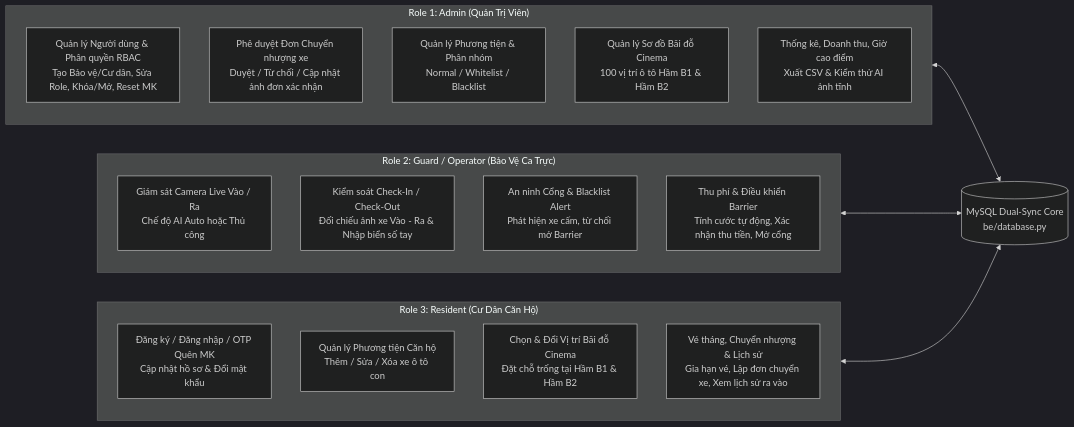
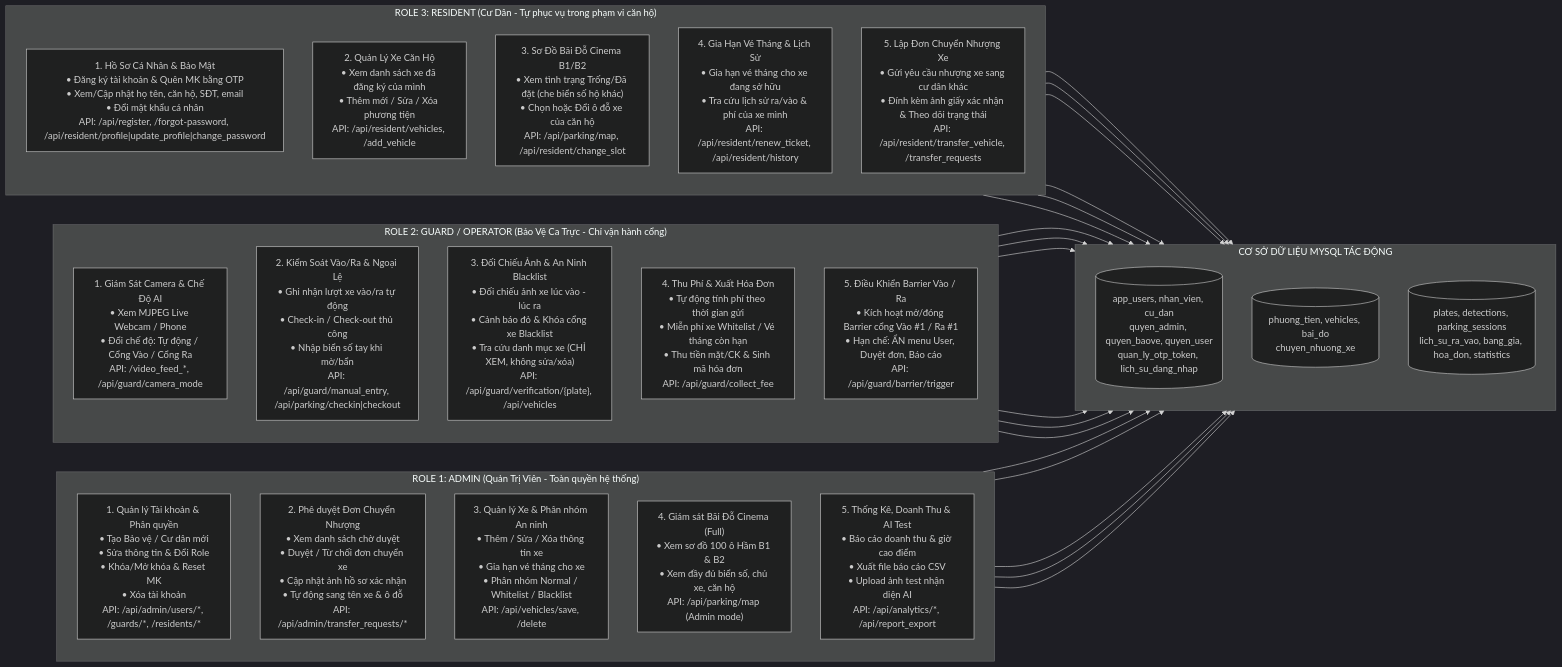
The second of 3 diagrams in README.md (Truong027/CNPM24), drawn with Mermaid (dark theme) before and after one commit. The commit also changed other lines of this file and 1 other file, not shown here.

Commit message:
docs: detail explicit RBAC permissions for all 3 roles and GitDiagram instructions

````diff
--- a/README.md
+++ b/README.md
@@ -89,29 +88,60 @@
 ```mermaid
 flowchart LR
-    subgraph R1["Role 1: Admin (Quản Trị Viên)"]
-        A1["Quản lý Người dùng & Phân quyền RBAC<br/>Tạo Bảo vệ/Cư dân, Sửa Role, Khóa/Mở, Reset MK"]
-        A2["Phê duyệt Đơn Chuyển nhượng xe<br/>Duyệt / Từ chối / Cập nhật ảnh đơn xác nhận"]
-        A3["Quản lý Phương tiện & Phân nhóm<br/>Normal / Whitelist / Blacklist"]
-        A4["Quản lý Sơ đồ Bãi đỗ Cinema<br/>100 vị trí ô tô Hầm B1 & Hầm B2"]
-        A5["Thống kê, Doanh thu, Giờ cao điểm<br/>Xuất CSV & Kiểm thử AI ảnh tĩnh"]
+    %% ================= ROLE 1: ADMIN =================
+    subgraph Role1["ROLE 1: ADMIN (Quản Trị Viên - Toàn quyền hệ thống)"]
+        direction TB
+        A_Users["1. Quản lý Tài khoản & Phân quyền<br/>• Tạo Bảo vệ / Cư dân mới<br/>• Sửa thông tin & Đổi Role<br/>• Khóa/Mở khóa & Reset MK<br/>• Xóa tài khoản<br/>API: /api/admin/users/*, /guards/*, /residents/*"]
+        A_Transfer["2. Phê duyệt Đơn Chuyển Nhượng<br/>• Xem danh sách chờ duyệt<br/>• Duyệt / Từ chối đơn chuyển xe<br/>• Cập nhật ảnh hồ sơ xác nhận<br/>• Tự động sang tên xe & ô đỗ<br/>API: /api/admin/transfer_requests/*"]
+        A_Veh["3. Quản lý Xe & Phân nhóm An ninh<br/>• Thêm / Sửa / Xóa thông tin xe<br/>• Gia hạn vé tháng cho xe<br/>• Phân nhóm Normal / Whitelist / Blacklist<br/>API: /api/vehicles/save, /delete"]
+        A_Map["4. Giám sát Bãi Đỗ Cinema (Full)<br/>• Xem sơ đồ 100 ô Hầm B1 & B2<br/>• Xem đầy đủ biển số, chủ xe, căn hộ<br/>API: /api/parking/map (Admin mode)"]
+        A_Stat["5. Thống Kê, Doanh Thu & AI Test<br/>• Báo cáo doanh thu & giờ cao điểm<br/>• Xuất file báo cáo CSV<br/>• Upload ảnh test nhận diện AI<br/>API: /api/analytics/*, /api/report_export"]
     end
 
-    subgraph R2["Role 2: Guard / Operator (Bảo Vệ Ca Trực)"]
-        G1["Giám sát Camera Live Vào / Ra<br/>Chế độ AI Auto hoặc Thủ công"]
-        G2["Kiểm soát Check-In / Check-Out<br/>Đối chiếu ảnh xe Vào - Ra & Nhập biển số tay"]
-        G3["An ninh Cổng & Blacklist Alert<br/>Phát hiện xe cấm, từ chối mở Barrier"]
-        G4["Thu phí & Điều khiển Barrier<br/>Tính cước tự động, Xác nhận thu tiền, Mở cổng"]
+    %% ================= ROLE 2: GUARD / OPERATOR =================
+    subgraph Role2["ROLE 2: GUARD / OPERATOR (Bảo Vệ Ca Trực - Chỉ vận hành cổng)"]
+        direction TB
+        G_Cam["1. Giám Sát Camera & Chế Độ AI<br/>• Xem MJPEG Live Webcam / Phone<br/>• Đổi chế độ: Tự động / Cổng Vào / Cổng Ra<br/>API: /video_feed_*, /api/guard/camera_mode"]
+        G_Gate["2. Kiểm Soát Vào/Ra & Ngoại Lệ<br/>• Ghi nhận lượt xe vào/ra tự động<br/>• Check-in / Check-out thủ công<br/>• Nhập biển số tay khi mờ/bẩn<br/>API: /api/guard/manual_entry, /api/parking/checkin|checkout"]
+        G_Verify["3. Đối Chiếu Ảnh & An Ninh Blacklist<br/>• Đối chiếu ảnh xe lúc vào - lúc ra<br/>• Cảnh báo đỏ & Khóa cổng xe Blacklist<br/>• Tra cứu danh mục xe (CHỈ XEM, không sửa/xóa)<br/>API: /api/guard/verification/{plate}, /api/vehicles"]
+        G_Fee["4. Thu Phí & Xuất Hóa Đơn<br/>• Tự động tính phí theo thời gian gửi<br/>• Miễn phí xe Whitelist / Vé tháng còn hạn<br/>• Thu tiền mặt/CK & Sinh mã hóa đơn<br/>API: /api/guard/collect_fee"]
+        G_Bar["5. Điều Khiển Barrier Vào / Ra<br/>• Kích hoạt mở/đóng Barrier cổng Vào #1 / Ra #1<br/>• Hạn chế: ẨN menu User, Duyệt đơn, Báo cáo<br/>API: /api/guard/barrier/trigger"]
     end
 
-    subgraph R3["Role 3: Resident (Cư Dân Căn Hộ)"]
-        C1["Đăng ký / Đăng nhập / OTP Quên MK<br/>Cập nhật hồ sơ & Đổi mật khẩu"]
-        C2["Quản lý Phương tiện Căn hộ<br/>Thêm / Sửa / Xóa xe ô tô con"]
-        C3["Chọn & Đổi Vị trí Bãi đỗ Cinema<br/>Đặt chỗ trống tại Hầm B1 & Hầm B2"]
-        C4["Vé tháng, Chuyển nhượng & Lịch sử<br/>Gia hạn vé, Lập đơn chuyển xe, Xem lịch sử ra vào"]
+    %% ================= ROLE 3: RESIDENT =================
+    subgraph Role3["ROLE 3: RESIDENT (Cư Dân - Tự phục vụ trong phạm vi căn hộ)"]
+        direction TB
+        R_Prof["1. Hồ Sơ Cá Nhân & Bảo Mật<br/>• Đăng ký tài khoản & Quên MK bằng OTP<br/>• Xem/Cập nhật họ tên, căn hộ, SĐT, email<br/>• Đổi mật khẩu cá nhân<br/>API: /api/register, /forgot-password, /api/resident/profile|update_profile|change_password"]
+        R_Veh["2. Quản Lý Xe Căn Hộ<br/>• Xem danh sách xe đã đăng ký của mình<br/>• Thêm mới / Sửa / Xóa phương tiện<br/>API: /api/resident/vehicles, /add_vehicle"]
+        R_Slot["3. Sơ Đồ Bãi Đỗ Cinema B1/B2<br/>• Xem tình trạng Trống/Đã đặt (che biển số hộ khác)<br/>• Chọn hoặc Đổi ô đỗ xe của căn hộ<br/>API: /api/parking/map, /api/resident/change_slot"]
+        R_Ticket["4. Gia Hạn Vé Tháng & Lịch Sử<br/>• Gia hạn vé tháng cho xe đang sở hữu<br/>• Tra cứu lịch sử ra/vào & phí của xe mình<br/>API: /api/resident/renew_ticket, /api/resident/history"]
+        R_Trans["5. Lập Đơn Chuyển Nhượng Xe<br/>• Gửi yêu cầu nhượng xe sang cư dân khác<br/>• Đính kèm ảnh giấy xác nhận & Theo dõi trạng thái<br/>API: /api/resident/transfer_vehicle, /transfer_requests"]
     end
 
-    SharedDB[("MySQL Dual-Sync Core<br/>be/database.py")]
-    R1 <--> SharedDB
-    R2 <--> SharedDB
-    R3 <--> SharedDB
+    %% ================= DATABASE TARGETS =================
+    subgraph DBTables["CƠ SỞ DỮ LIỆU MYSQL TÁC ĐỘNG"]
+        direction TB
+        T_Auth[("app_users, nhan_vien, cu_dan<br/>quyen_admin, quyen_baove, quyen_user<br/>quan_ly_otp_token, lich_su_dang_nhap")]
+        T_Core[("phuong_tien, vehicles, bai_do<br/>chuyen_nhuong_xe")]
+        T_Logs[("plates, detections, parking_sessions<br/>lich_su_ra_vao, bang_gia, hoa_don, statistics")]
+    end
+
+    A_Users --> T_Auth
+    A_Transfer --> T_Core
+    A_Veh --> T_Core
+    A_Map --> T_Core
+    A_Stat --> T_Logs
+
+    G_Cam --> T_Logs
+    G_Gate --> T_Logs
+    G_Verify --> T_Core
+    G_Verify --> T_Logs
+    G_Fee --> T_Logs
+    G_Bar --> T_Logs
+
+    R_Prof --> T_Auth
+    R_Veh --> T_Core
+    R_Slot --> T_Core
+    R_Ticket --> T_Core
+    R_Ticket --> T_Logs
+    R_Trans --> T_Core
 ```
````
